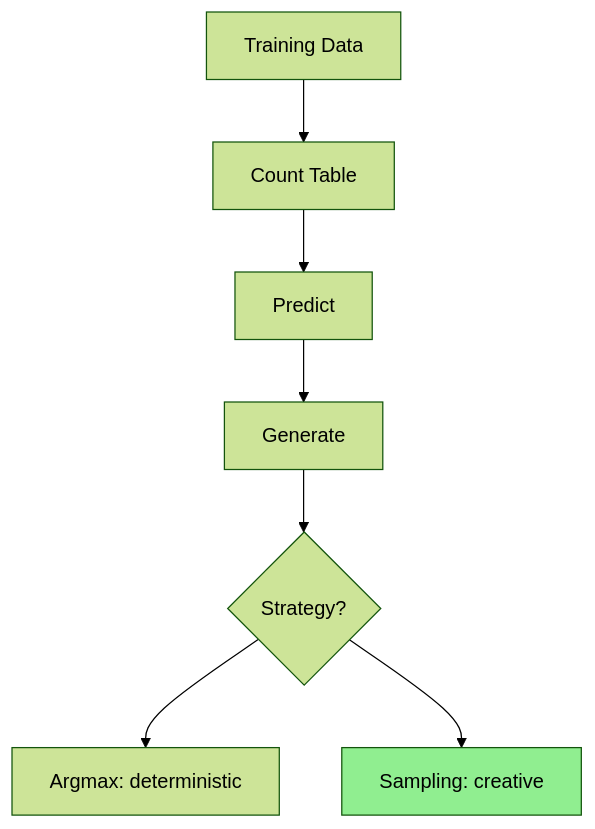
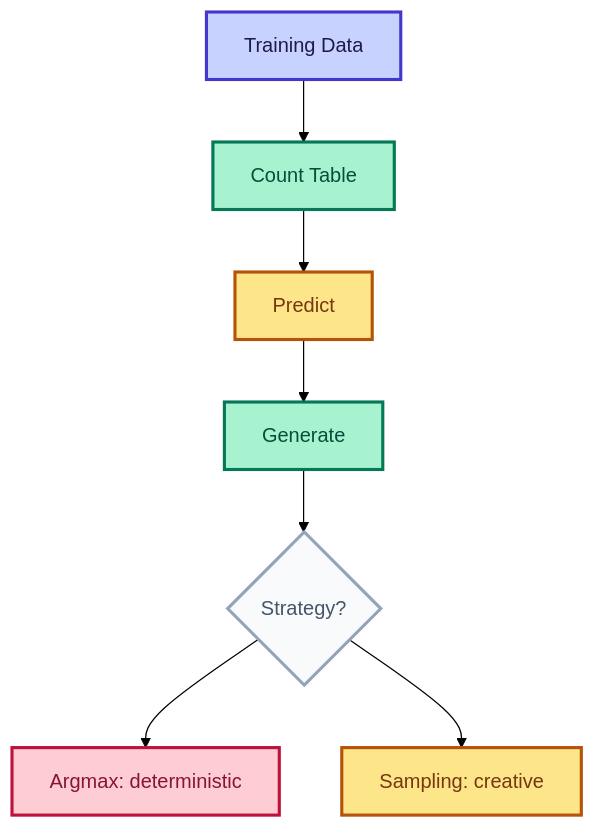
The second of 2 diagrams in content/docs/part-02-bigram/05-sampling-vs-argmax.mdx (bhNibir/build-own-llm), drawn with Mermaid (forest theme) before and after one commit. The commit also changed other lines of this file and 22 other files, not shown here.

First line of the commit message:
Refactor Mermaid and diagram styles for improved readability and consistency

````diff
--- a/content/docs/part-02-bigram/05-sampling-vs-argmax.mdx
+++ b/content/docs/part-02-bigram/05-sampling-vs-argmax.mdx
@@ -86,10 +91,14 @@
 ```mermaid
 flowchart TD
-    A[Training Data] --> B[Count Table]
-    B --> C[Predict]
-    C --> D[Generate]
-    D --> E{Strategy?}
-    E --> F[Argmax: deterministic]
-    E --> G[Sampling: creative]
-    style G fill:#90EE90
+    A["Training Data"]:::input --> B["Count Table"]:::process
+    B --> C["Predict"]:::output
+    C --> D["Generate"]:::process
+    D --> E{"Strategy?"}:::dim
+    E --> F["Argmax: deterministic"]:::highlight
+    E --> G["Sampling: creative"]:::output
+    classDef input fill:#C7D2FE,color:#1E1B4B,stroke:#4338CA,stroke-width:2.5px
+    classDef process fill:#A7F3D0,color:#064E3B,stroke:#047857,stroke-width:2.5px
+    classDef output fill:#FDE68A,color:#78350F,stroke:#B45309,stroke-width:2.5px
+    classDef dim fill:#F8FAFC,color:#475569,stroke:#94A3B8,stroke-width:2.5px
+    classDef highlight fill:#FECDD3,color:#881337,stroke:#BE123C,stroke-width:2.5px
 ```
````
